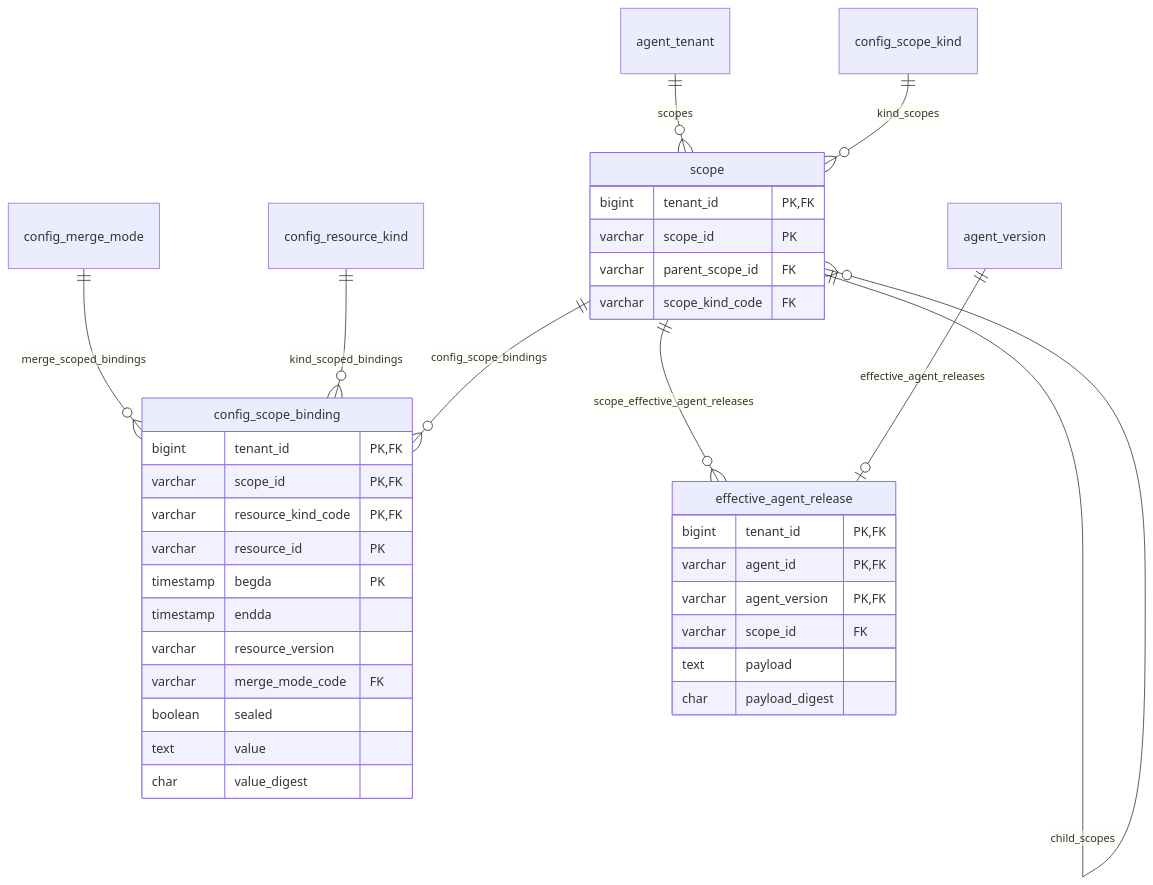
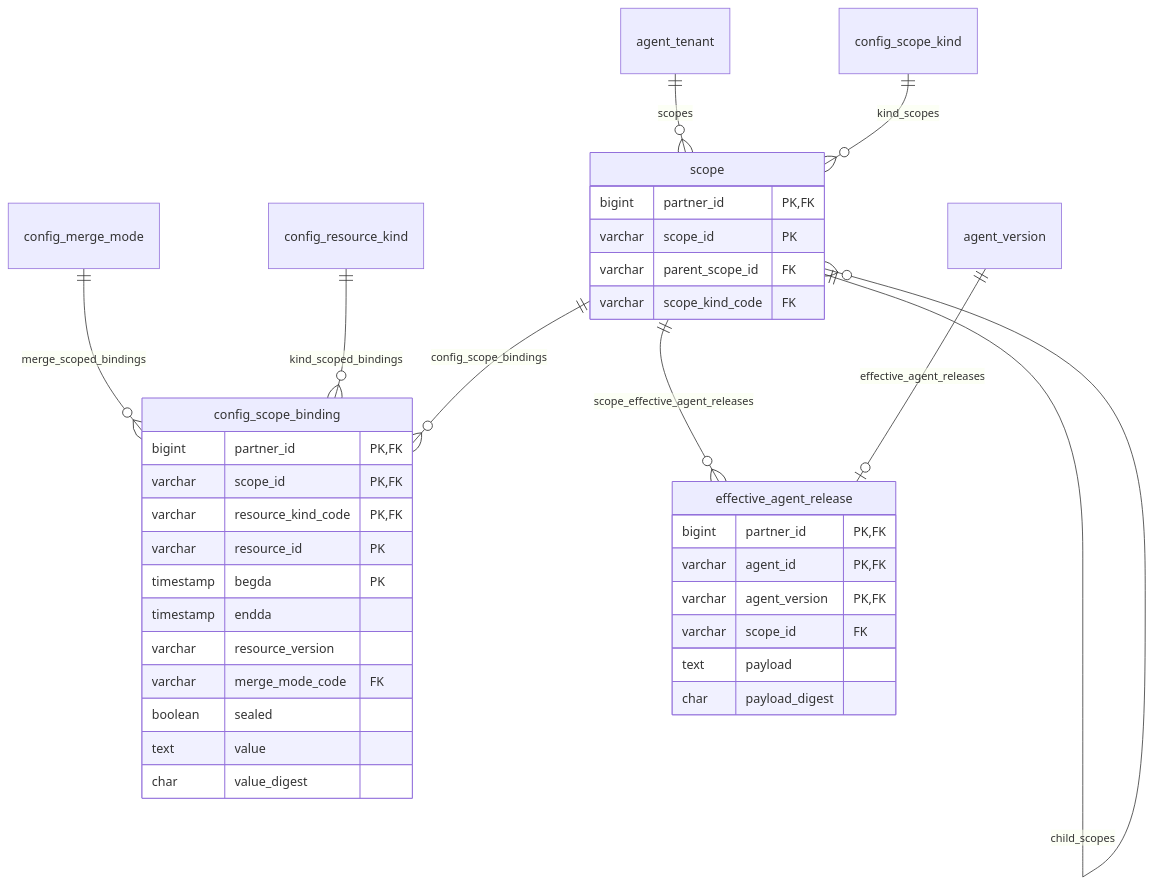
One commit to nauticana/scout changed the eighth of 18 diagrams in doc/database.md. Above: the diagram before and after it, drawn with Mermaid. The commit also changed other lines of this file and 163 other files, not shown here.

Commit message:
Partner-scoped tenant tables, a registration catalog, tenant-aware tool listing

````diff
--- a/doc/database.md
+++ b/doc/database.md
@@ -792,39 +793,39 @@
 ```mermaid
 erDiagram
     config_merge_mode ||--o{ config_scope_binding : merge_scoped_bindings
     config_resource_kind ||--o{ config_scope_binding : kind_scoped_bindings
     agent_tenant ||--o{ scope : scopes
     config_scope_kind ||--o{ scope : kind_scopes
     scope ||--o{ scope : child_scopes
     scope ||--o{ config_scope_binding : config_scope_bindings
     scope ||--o{ effective_agent_release : scope_effective_agent_releases
     agent_version ||--o| effective_agent_release : effective_agent_releases
 
     scope {
-        bigint tenant_id PK,FK
+        bigint partner_id PK,FK
         varchar scope_id PK
         varchar parent_scope_id FK
         varchar scope_kind_code FK
     }
     config_scope_binding {
-        bigint tenant_id PK,FK
+        bigint partner_id PK,FK
         varchar scope_id PK,FK
         varchar resource_kind_code PK,FK
         varchar resource_id PK
         timestamp begda PK
         timestamp endda
         varchar resource_version
         varchar merge_mode_code FK
         boolean sealed
         text value
         char value_digest
     }
     effective_agent_release {
-        bigint tenant_id PK,FK
+        bigint partner_id PK,FK
         varchar agent_id PK,FK
         varchar agent_version PK,FK
         varchar scope_id FK
         text payload
         char payload_digest
     }
 ```
````
